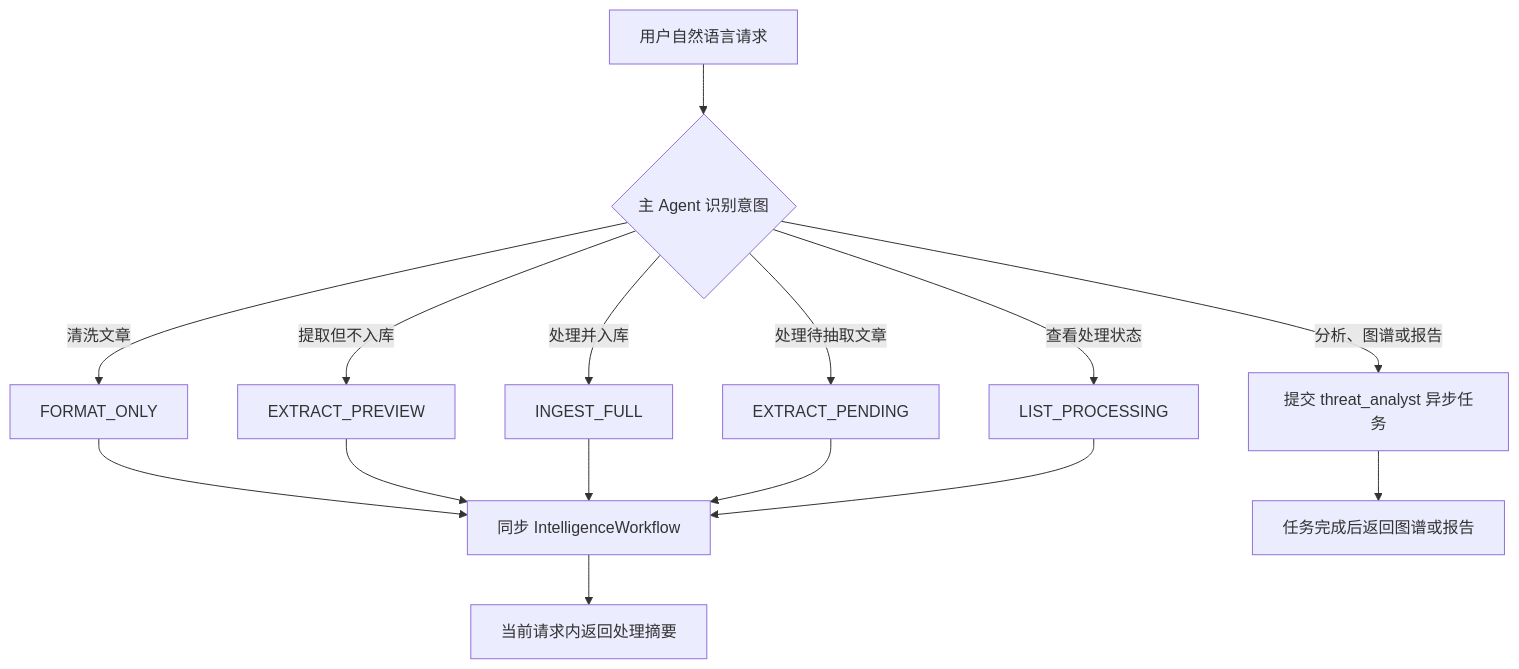
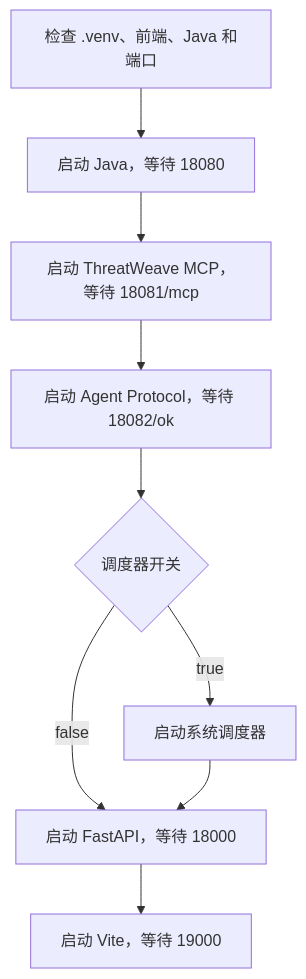
One commit to greenC2h/ThreatWeave changed the third of 9 diagrams in doc/PROJECT_DOCUMENTATION.md. Above: the diagram before and after it, drawn with Mermaid. The commit also changed other lines of this file and 3 other files, not shown here.

````diff
--- a/doc/PROJECT_DOCUMENTATION.md
+++ b/doc/PROJECT_DOCUMENTATION.md
@@ -101,18 +163,11 @@
 ```mermaid
 flowchart TD
-    REQUEST["用户自然语言请求"] --> CLASSIFY{"主 Agent 识别意图"}
-    CLASSIFY -->|"清洗文章"| FORMAT["FORMAT_ONLY"]
-    CLASSIFY -->|"提取但不入库"| PREVIEW["EXTRACT_PREVIEW"]
-    CLASSIFY -->|"处理并入库"| INGEST["INGEST_FULL"]
-    CLASSIFY -->|"处理待抽取文章"| PENDING["EXTRACT_PENDING"]
-    CLASSIFY -->|"查看处理状态"| LIST["LIST_PROCESSING"]
-    CLASSIFY -->|"分析、图谱或报告"| ANALYZE["提交 threat_analyst 异步任务"]
-
-    FORMAT --> WORKFLOW["同步 IntelligenceWorkflow"]
-    PREVIEW --> WORKFLOW
-    INGEST --> WORKFLOW
-    PENDING --> WORKFLOW
-    LIST --> WORKFLOW
-    WORKFLOW --> RESPONSE["当前请求内返回处理摘要"]
-    ANALYZE --> ASYNC_RESULT["任务完成后返回图谱或报告"]
+    CHECK["检查 .venv、前端、Java 和端口"] --> JAVA["启动 Java，等待 18080"]
+    JAVA --> MCP["启动 ThreatWeave MCP，等待 18081/mcp"]
+    MCP --> PROTOCOL["启动 Agent Protocol，等待 18082/ok"]
+    PROTOCOL --> SCHEDULER{"调度器开关"}
+    SCHEDULER -->|"true"| SCHED["启动系统调度器"]
+    SCHEDULER -->|"false"| API["启动 FastAPI，等待 18000"]
+    SCHED --> API
+    API --> VITE["启动 Vite，等待 19000"]
 ```
````
